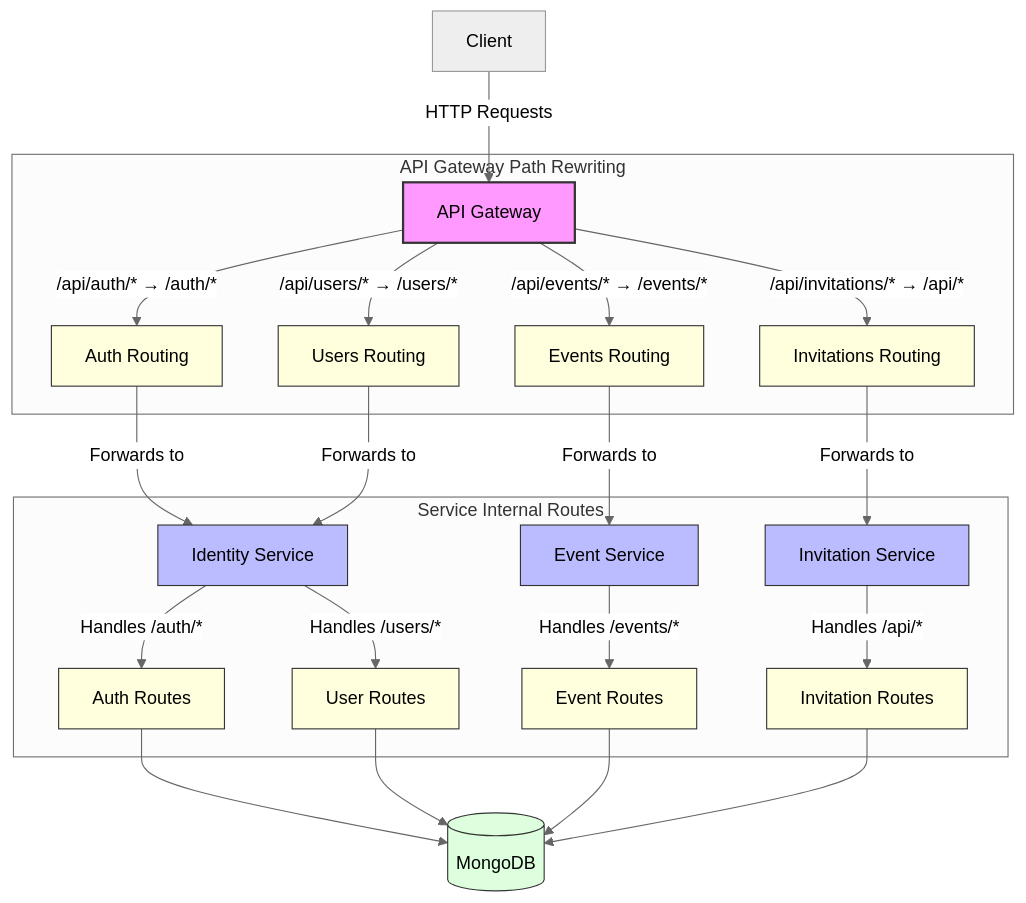
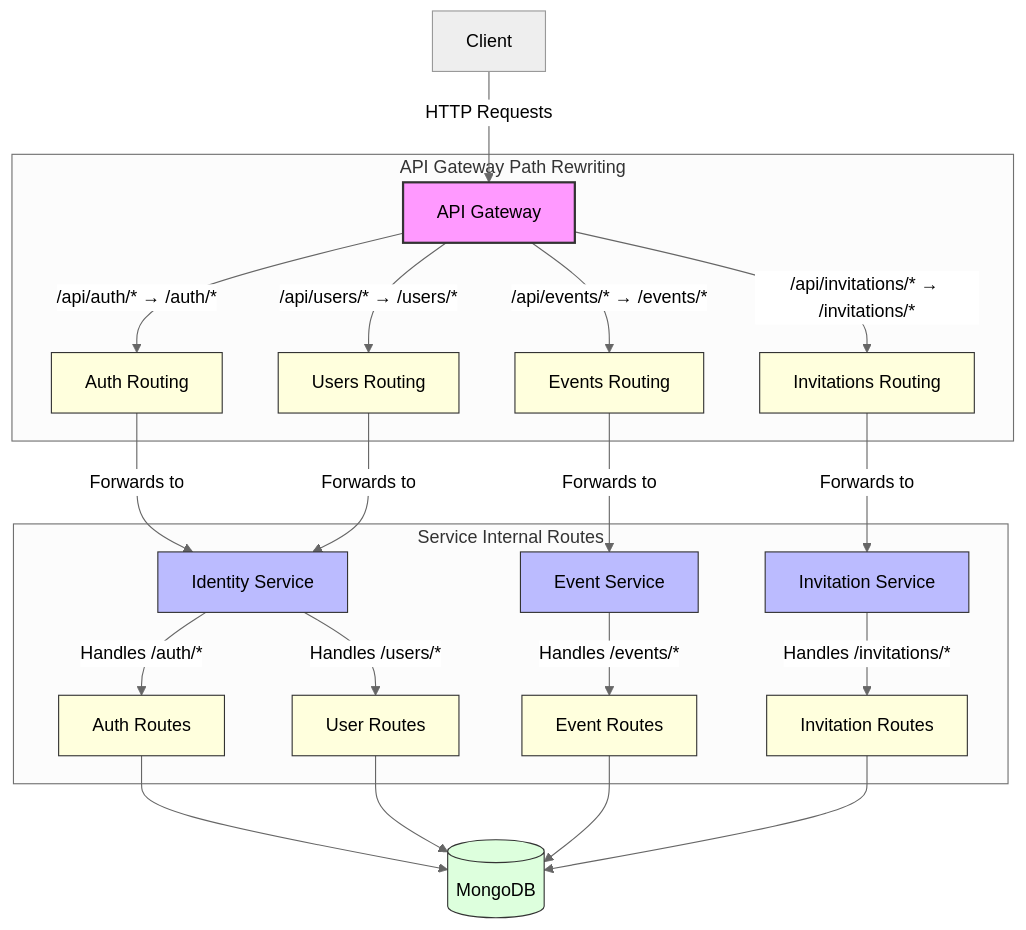
Before and after one commit to eugenetedkim/olive-table: the first of 2 diagrams in README.md, drawn with Mermaid (neutral theme).

````diff
--- a/README.md
+++ b/README.md
@@ -35,38 +35,38 @@
 ```mermaid
 graph TD
     Client[Client] -->|HTTP Requests| Gateway[API Gateway]
     
     subgraph "API Gateway Path Rewriting"
         Gateway -->|/api/auth/* → /auth/*| Auth[Auth Routing]
         Gateway -->|/api/users/* → /users/*| Users[Users Routing]
         Gateway -->|/api/events/* → /events/*| Events[Events Routing]
-        Gateway -->|/api/invitations/* → /api/*| Invitations[Invitations Routing]
+        Gateway -->|/api/invitations/* → /invitations/*| Invitations[Invitations Routing]
     end
     
     Auth -->|Forwards to| Identity[Identity Service]
     Users -->|Forwards to| Identity
     Events -->|Forwards to| EventService[Event Service]
     Invitations -->|Forwards to| InvitationService[Invitation Service]
     
     subgraph "Service Internal Routes"
         Identity -->|Handles /auth/*| AuthRoutes[Auth Routes]
         Identity -->|Handles /users/*| UserRoutes[User Routes]
         EventService -->|Handles /events/*| EventRoutes[Event Routes]
-        InvitationService -->|Handles /api/*| InvitationRoutes[Invitation Routes]
+        InvitationService -->|Handles /invitations/*| InvitationRoutes[Invitation Routes]
     end
     
     AuthRoutes --> MongoDB[(MongoDB)]
     UserRoutes --> MongoDB
     EventRoutes --> MongoDB
     InvitationRoutes --> MongoDB
     
     classDef gateway fill:#f9f,stroke:#333,stroke-width:2px
     classDef service fill:#bbf,stroke:#333,stroke-width:1px
     classDef database fill:#dfd,stroke:#333,stroke-width:1px
     classDef routing fill:#ffd,stroke:#333,stroke-width:1px
     
     class Gateway gateway
     class Identity,EventService,InvitationService service
     class MongoDB database
     class Auth,Users,Events,Invitations,AuthRoutes,UserRoutes,EventRoutes,InvitationRoutes routing
 ```
````
